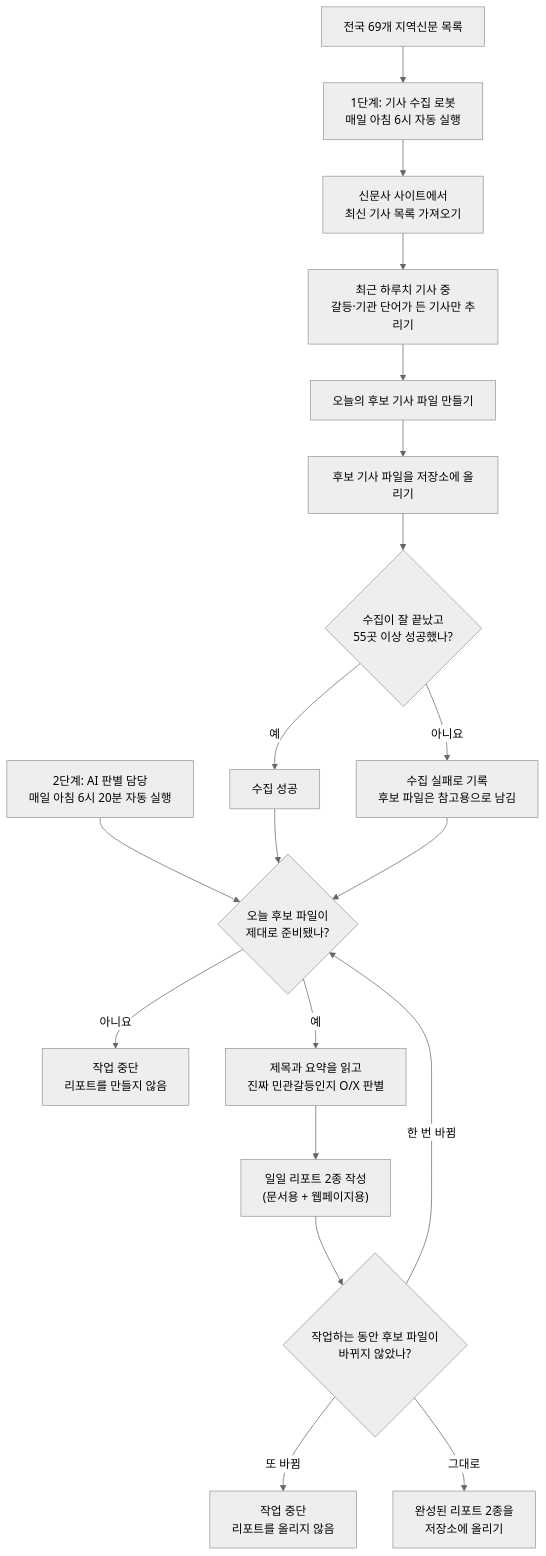
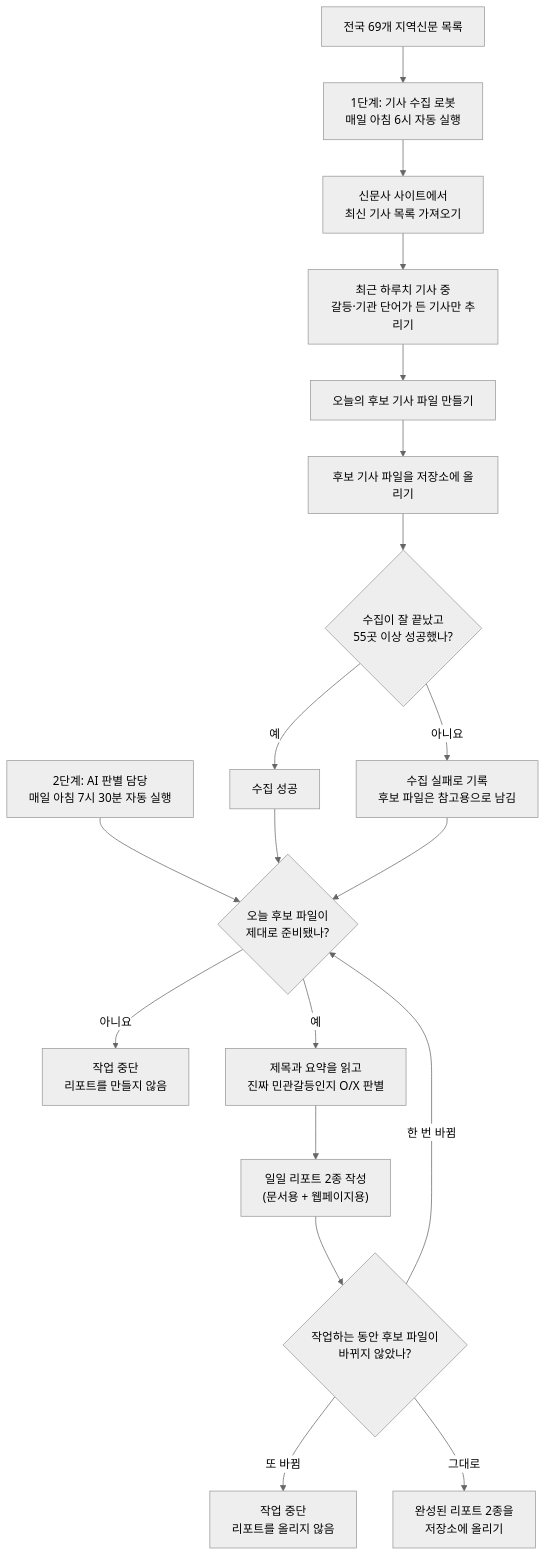
One commit to ray-ho33/bal-gul-template changed the diagram in README.md. Above: the diagram before and after it, drawn with Mermaid (neutral theme). The commit also changed other lines of this file and 3 other files, not shown here.

````diff
--- a/README.md
+++ b/README.md
@@ -35,22 +35,22 @@
 ```mermaid
 flowchart TD
     A["전국 69개 지역신문 목록"] --> B["1단계: 기사 수집 로봇<br/>매일 아침 6시 자동 실행"]
     B --> C["신문사 사이트에서<br/>최신 기사 목록 가져오기"]
     C --> D["최근 하루치 기사 중<br/>갈등·기관 단어가 든 기사만 추리기"]
     D --> E["오늘의 후보 기사 파일 만들기"]
     E --> F["후보 기사 파일을 저장소에 올리기"]
     F --> G{"수집이 잘 끝났고<br/>55곳 이상 성공했나?"}
     G -- 아니요 --> H["수집 실패로 기록<br/>후보 파일은 참고용으로 남김"]
     G -- 예 --> I["수집 성공"]
 
-    J["2단계: AI 판별 담당<br/>매일 아침 6시 20분 자동 실행"] --> K{"오늘 후보 파일이<br/>제대로 준비됐나?"}
+    J["2단계: AI 판별 담당<br/>매일 아침 7시 30분 자동 실행"] --> K{"오늘 후보 파일이<br/>제대로 준비됐나?"}
     I --> K
     H --> K
     K -- 아니요 --> L["작업 중단<br/>리포트를 만들지 않음"]
     K -- 예 --> M["제목과 요약을 읽고<br/>진짜 민관갈등인지 O/X 판별"]
     M --> N["일일 리포트 2종 작성<br/>(문서용 + 웹페이지용)"]
     N --> O{"작업하는 동안 후보 파일이<br/>바뀌지 않았나?"}
     O -- 한 번 바뀜 --> K
     O -- 또 바뀜 --> P["작업 중단<br/>리포트를 올리지 않음"]
     O -- 그대로 --> Q["완성된 리포트 2종을<br/>저장소에 올리기"]
 ```
````
